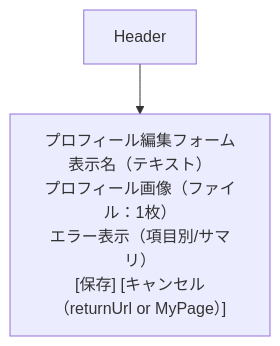
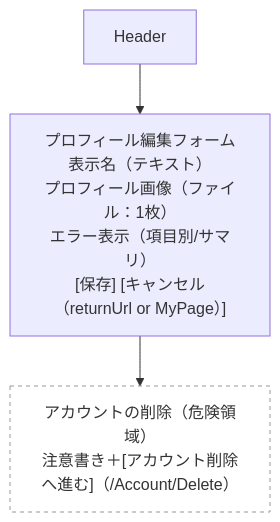
One commit to Cat5Dog2/PetHealthManagement changed the fifth of 24 diagrams in docs/ui-wireframe.md. Above: the diagram before and after it, drawn with Mermaid. The commit also changed other lines of this file and 41 other files, not shown here.

````diff
--- a/docs/ui-wireframe.md
+++ b/docs/ui-wireframe.md
@@ -88,7 +97,10 @@
 ```mermaid
 flowchart TB
   Header["Header"]
   Form["プロフィール編集フォーム<br/>表示名（テキスト）<br/>プロフィール画像（ファイル：1枚）<br/>エラー表示（項目別/サマリ）<br/>[保存] [キャンセル（returnUrl or MyPage）]"]
+  Danger["アカウントの削除（危険領域）<br/>注意書き＋[アカウント削除へ進む]（/Account/Delete）"]:::note
 
-  Header --> Form
+  Header --> Form --> Danger
+
+  classDef note fill:#fff,stroke:#999,stroke-dasharray: 4 4,color:#333;
 ```
````
